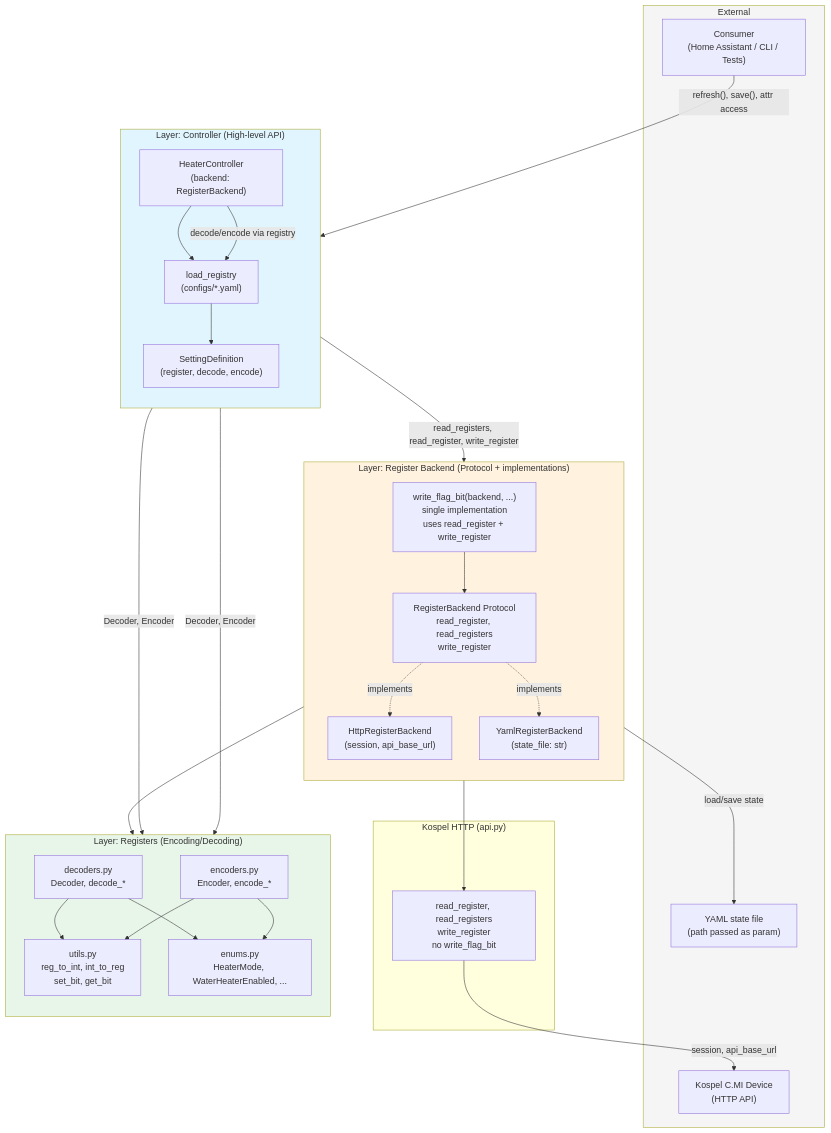
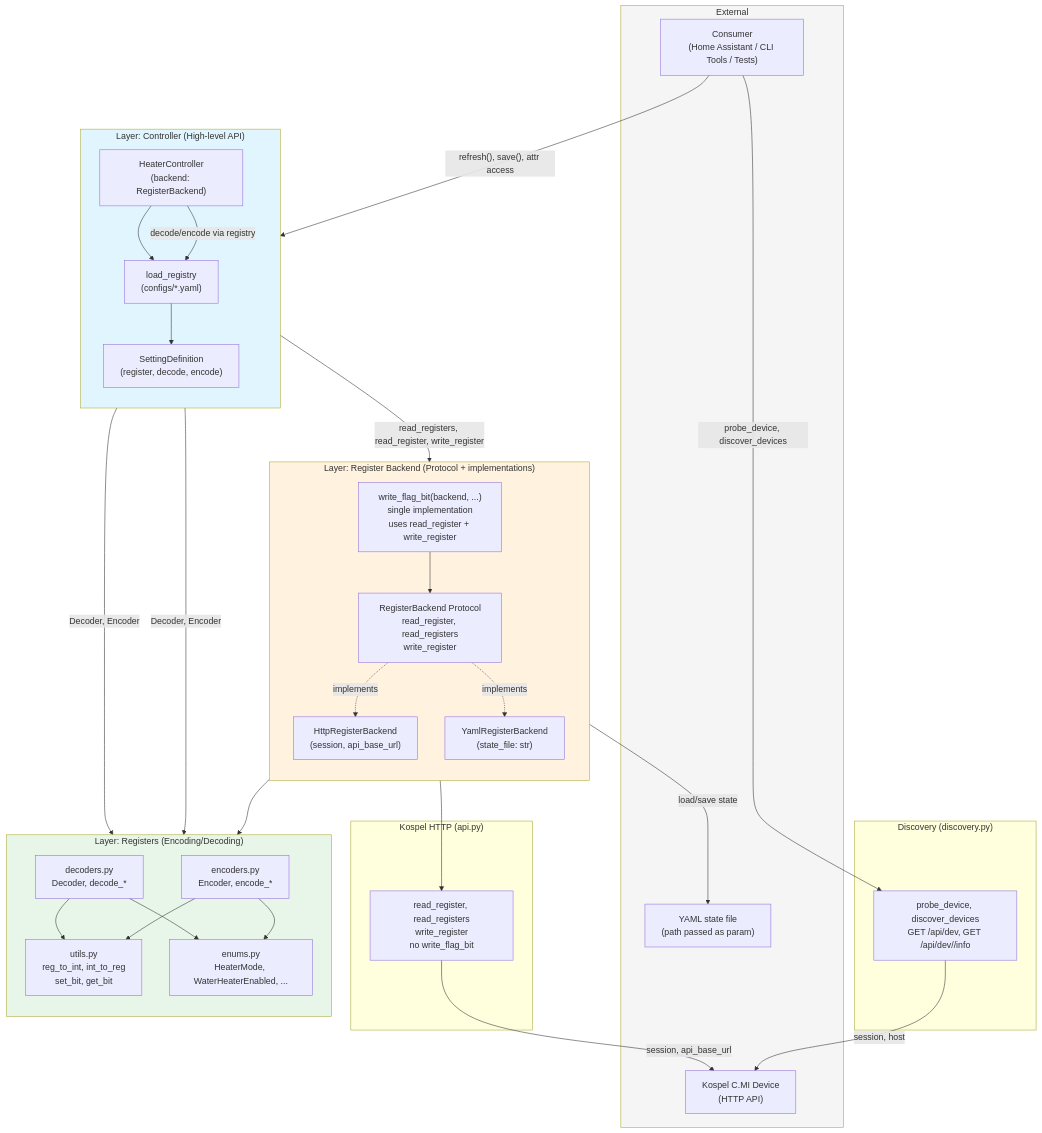
The first of 2 diagrams in docs/architecture.md (JanKrl/kospel-cmi-lib), drawn with Mermaid before and after one commit. The commit also changed other lines of this file and 5 other files, not shown here.

````diff
--- a/docs/architecture.md
+++ b/docs/architecture.md
@@ -11,59 +11,65 @@
 ```mermaid
 flowchart TB
     subgraph External["External"]
-        Consumer["Consumer\n(Home Assistant / CLI / Tests)"]
+        Consumer["Consumer\n(Home Assistant / CLI Tools / Tests)"]
         Device["Kospel C.MI Device\n(HTTP API)"]
         YamlFile["YAML state file\n(path passed as param)"]
     end
 
     subgraph Controller["Layer: Controller (High-level API)"]
         direction TB
         HC["HeaterController\n(backend: RegisterBackend)"]
         Reg["load_registry\n(configs/*.yaml)"]
         SD["SettingDefinition\n(register, decode, encode)"]
         HC --> Reg
         Reg --> SD
     end
 
     subgraph BackendLayer["Layer: Register Backend (Protocol + implementations)"]
         direction TB
         Protocol["RegisterBackend Protocol\nread_register, read_registers\nwrite_register"]
         HttpBackend["HttpRegisterBackend\n(session, api_base_url)"]
         YamlBackend["YamlRegisterBackend\n(state_file: str)"]
         WriteFlagBit["write_flag_bit(backend, ...)\nsingle implementation\nuses read_register + write_register"]
         Protocol -.->|implements| HttpBackend
         Protocol -.->|implements| YamlBackend
         WriteFlagBit --> Protocol
     end
 
     subgraph KospelHTTP["Kospel HTTP (api.py)"]
         API["read_register, read_registers\nwrite_register\nno write_flag_bit"]
     end
 
+    subgraph DiscoveryMod["Discovery (discovery.py)"]
+        Discovery["probe_device, discover_devices\nGET /api/dev, GET /api/dev/<id>/info"]
+    end
+
     subgraph Registers["Layer: Registers (Encoding/Decoding)"]
         direction TB
         Dec["decoders.py\nDecoder, decode_*"]
         Enc["encoders.py\nEncoder, encode_*"]
         Utils["utils.py\nreg_to_int, int_to_reg\nset_bit, get_bit"]
         Enums["enums.py\nHeaterMode, WaterHeaterEnabled, ..."]
         Dec --> Utils
         Dec --> Enums
         Enc --> Utils
         Enc --> Enums
     end
 
     Consumer -->|"refresh(), save(), attr access"| HC
+    Consumer -->|"probe_device, discover_devices"| Discovery
+    Discovery -->|"session, host"| Device
     HC -->|"decode/encode via registry"| Reg
     SD -->|"Decoder, Encoder"| Dec
     SD -->|"Decoder, Encoder"| Enc
     HC -->|"read_registers, read_register, write_register"| Protocol
     HttpBackend --> API
     API -->|"session, api_base_url"| Device
     YamlBackend -->|"load/save state"| YamlFile
     WriteFlagBit --> Utils
 
     style Controller fill:#e1f5fe
     style BackendLayer fill:#fff3e0
     style Registers fill:#e8f5e9
     style External fill:#f5f5f5
 ```
````
